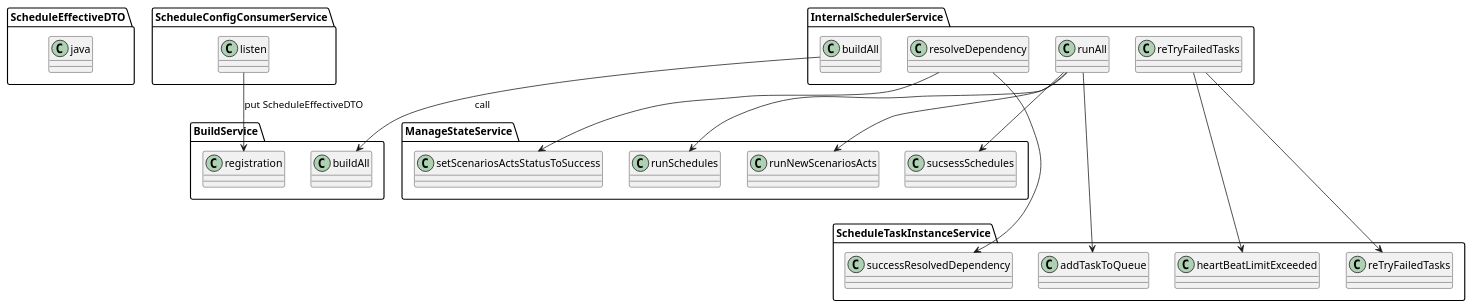
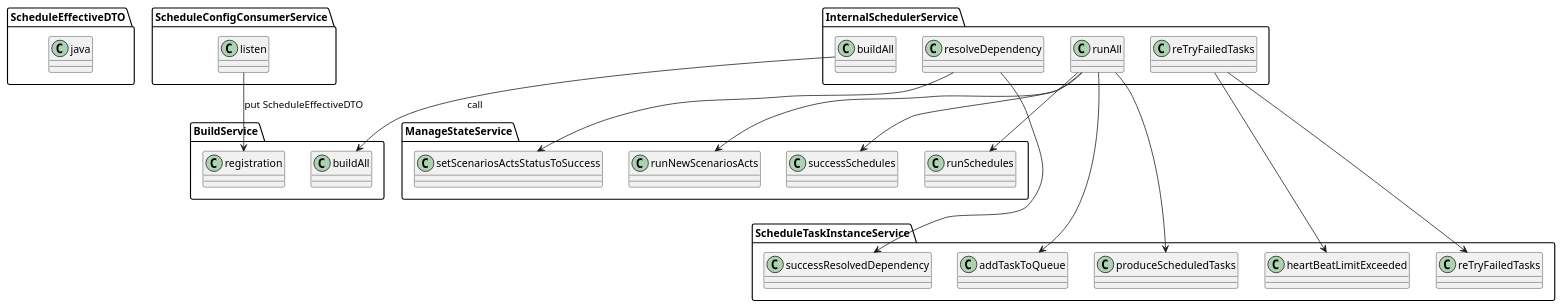
Before and after one commit to zaytsevdmitry/lakehouse: the diagram in doc/uml/scheduling/SchedulerClasses.puml, drawn with PlantUML. The commit also changed 7 other files, not shown here.

```diff
--- a/doc/uml/scheduling/SchedulerClasses.puml
+++ b/doc/uml/scheduling/SchedulerClasses.puml
@@ -1,29 +1,30 @@
 @startuml
 
 class ScheduleEffectiveDTO.java
 
 ScheduleConfigConsumerService.listen -->   BuildService.registration : put ScheduleEffectiveDTO
 
 InternalSchedulerService.buildAll --> BuildService.buildAll : call
 
 
 
 
 InternalSchedulerService.resolveDependency -->ManageStateService.setScenariosActsStatusToSuccess
 InternalSchedulerService.resolveDependency --->ScheduleTaskInstanceService.successResolvedDependency
 
 'ScheduleConfigConsumerService.listen -> BuildService.findAndRegisterNewSchedule : scheduleEffectiveDTO
 
 'InternalSchedulerService.java -> BuildService
 
-InternalSchedulerService.runAll -->		ManageStateService.sucsessSchedules
+InternalSchedulerService.runAll -->		ManageStateService.successSchedules
 
 InternalSchedulerService.runAll -->		ManageStateService.runSchedules
 InternalSchedulerService.runAll -->		ManageStateService.runNewScenariosActs
-InternalSchedulerService.runAll --->		ScheduleTaskInstanceService.addTaskToQueue
+InternalSchedulerService.runAll --->	ScheduleTaskInstanceService.addTaskToQueue
+InternalSchedulerService.runAll ---> ScheduleTaskInstanceService.produceScheduledTasks
 
 InternalSchedulerService.reTryFailedTasks ---> ScheduleTaskInstanceService.heartBeatLimitExceeded
 InternalSchedulerService.reTryFailedTasks ---> ScheduleTaskInstanceService.reTryFailedTasks
 
 
 @enduml
```
